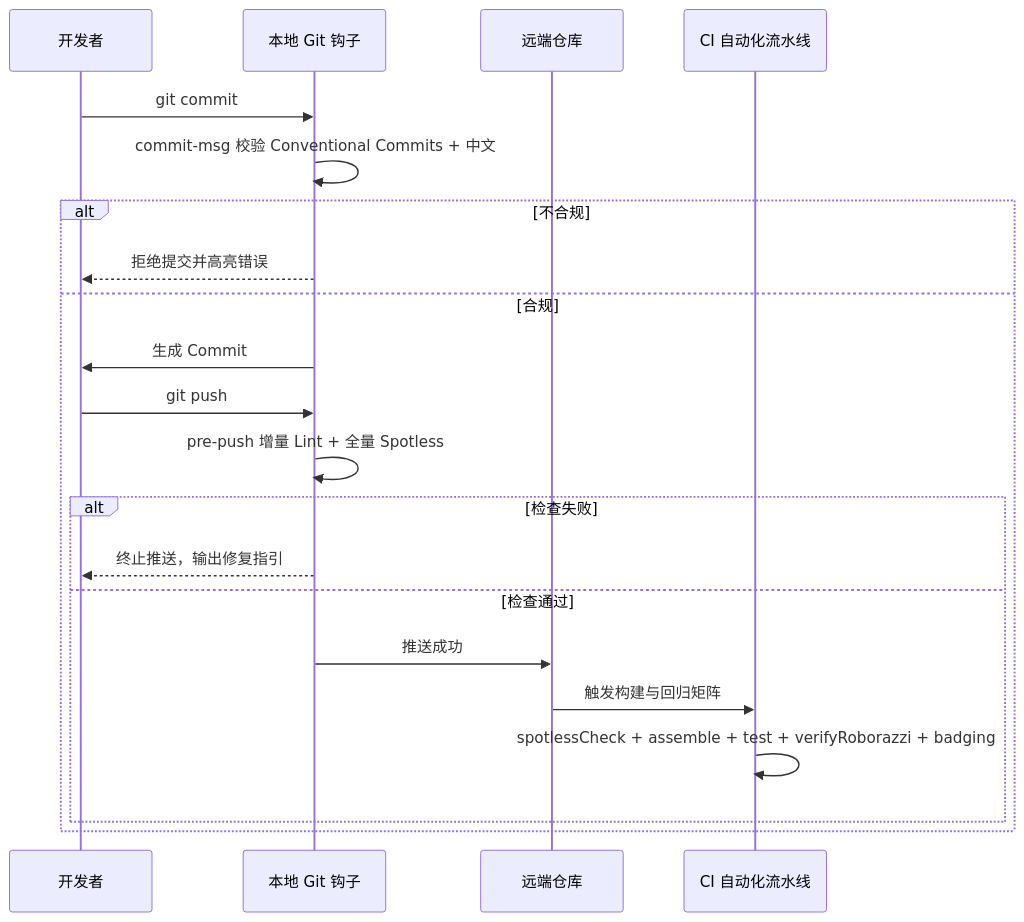
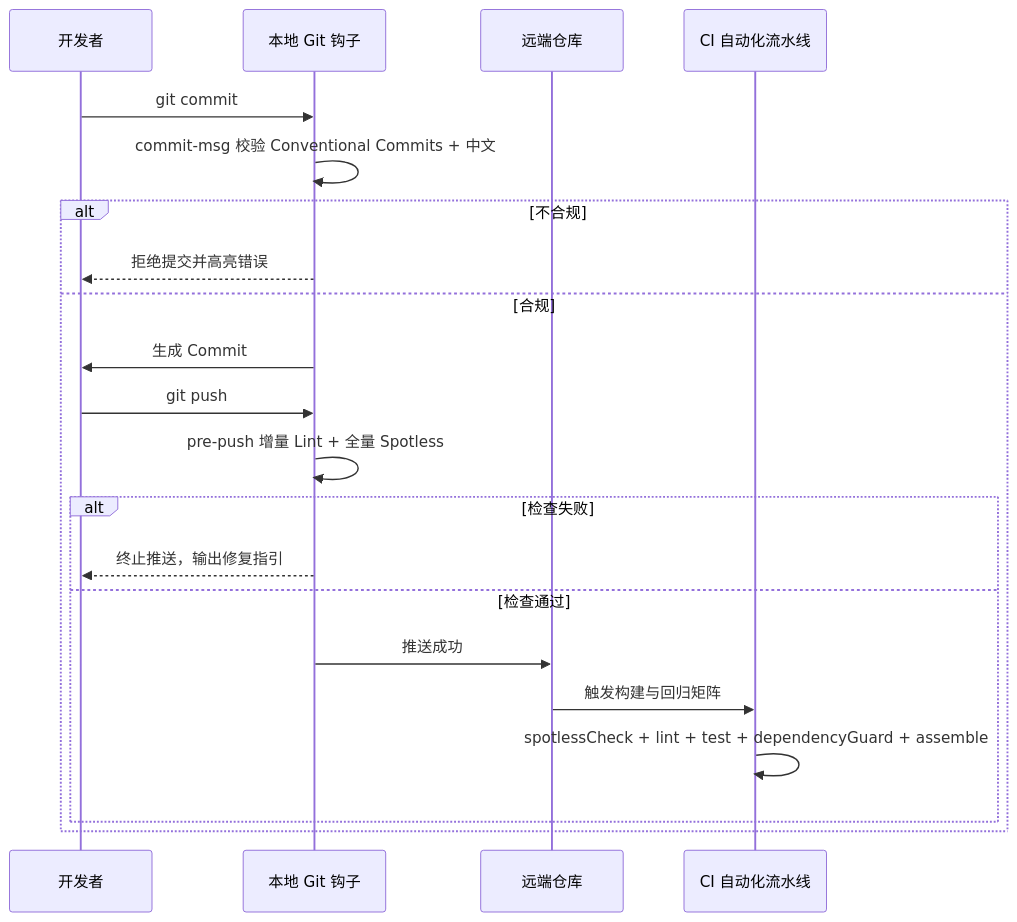
Before and after one commit to wuwei94/MyApplication: the second of 2 diagrams in docs/02-engineering/engineering.md, drawn with Mermaid. The commit also changed other lines of this file and 1 other file, not shown here.

Commit message:
ci: build.yml 拆分为五条并行 Job 矩阵
单 Job 顺行改为五条独立并行 Job：Spotless 格式检查 / Android Lint /
单元测试 / DependencyGuard 依赖守卫 / APK 打包（debug + release 产物归档）。
统一经 gradle/actions/setup-gradle 复用 Gradle User Home 缓存，
并配置 concurrency 取消同分支的过期运行。

拆 Job 的收益以缓存为前提：缺少缓存时各 Job 冷启动会拉长总时长。
verifyRoborazzi 与 checkBadging 仍属演进规划（前者需在 CI 环境重建截图基准，
后者需先引入 badging 插件）；engineering.md 的 CI 矩阵描述同步更新。

````diff
--- a/docs/02-engineering/engineering.md
+++ b/docs/02-engineering/engineering.md
@@ -133,25 +133,25 @@
 ```mermaid
 sequenceDiagram
     participant Dev as 开发者
     participant LocalHook as 本地 Git 钩子
     participant Remote as 远端仓库
     participant CI as CI 自动化流水线
 
     Dev->>LocalHook: git commit
     LocalHook->>LocalHook: commit-msg 校验 Conventional Commits + 中文
     alt 不合规
         LocalHook-->>Dev: 拒绝提交并高亮错误
     else 合规
         LocalHook->>Dev: 生成 Commit
 
         Dev->>LocalHook: git push
         LocalHook->>LocalHook: pre-push 增量 Lint + 全量 Spotless
         alt 检查失败
             LocalHook-->>Dev: 终止推送，输出修复指引
         else 检查通过
             LocalHook->>Remote: 推送成功
             Remote->>CI: 触发构建与回归矩阵
-            CI->>CI: spotlessCheck + assemble + test + verifyRoborazzi + badging
+            CI->>CI: spotlessCheck + lint + test + dependencyGuard + assemble
         end
     end
 ```
````
